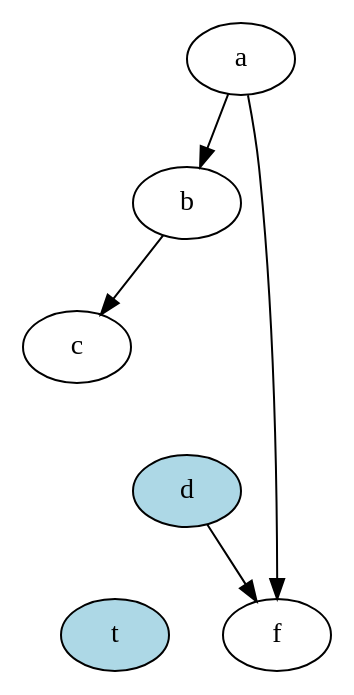
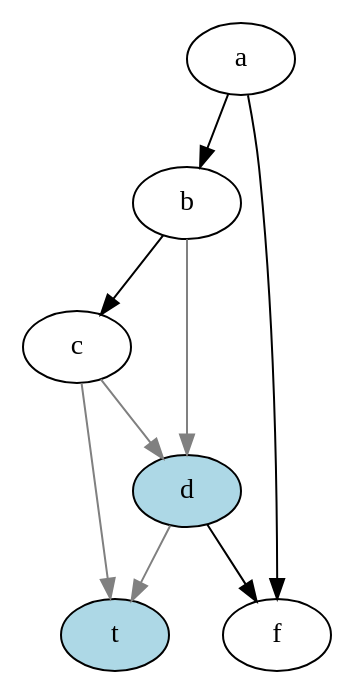
Before and after one commit to jokva/talks: the diagram in theory-makes-beautiful-programs/fig13-5.dot, drawn with Graphviz. The commit also changed 6 other files, not shown here.

```diff
--- a/theory-makes-beautiful-programs/fig13-5.dot
+++ b/theory-makes-beautiful-programs/fig13-5.dot
@@ -1,13 +1,13 @@
 digraph {
     a -> b;
     a -> f;
     b -> c;
-    b -> d [style = invis];
-    c -> t [style = invis];
-    c -> d [style = invis];
-    d -> t [style = invis];
+    b -> d [color = gray];
+    c -> t [color = gray];
+    c -> d [color = gray];
+    d -> t [color = gray];
     d -> f;
 
     d [style = filled, fillcolor = lightblue];
     t [style = filled, fillcolor = lightblue];
 }
```
